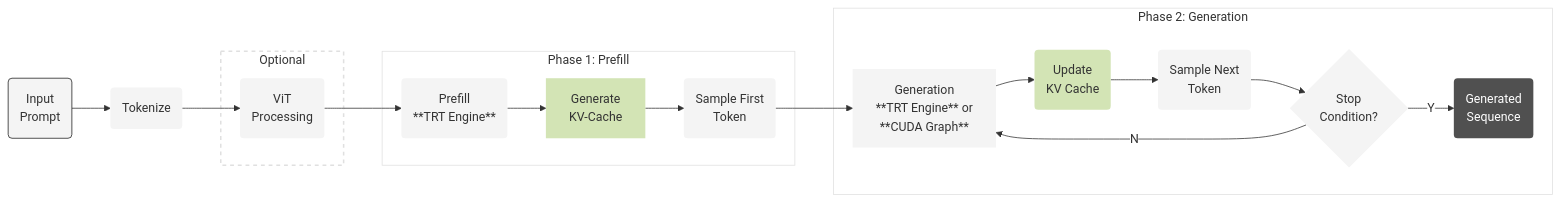
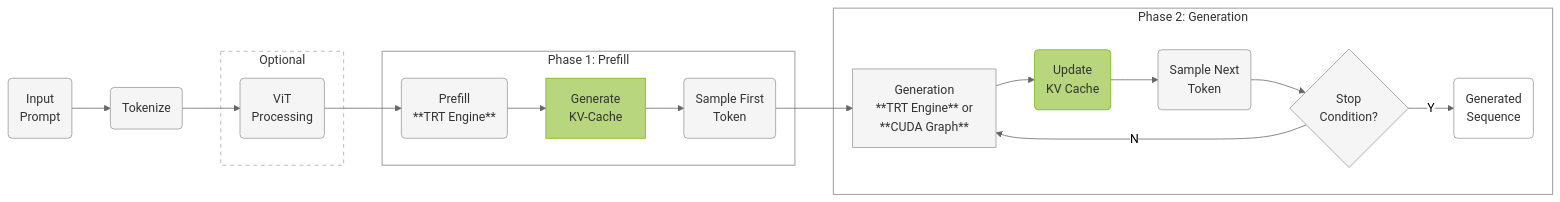
The second of 2 diagrams in docs/source/developer_guide/04.2_LLM_Inference_Runtime.md (ConstBob/TensorRT-Edge-LLM), drawn with Mermaid before and after one commit. The commit also changed other lines of this file and 20 other files, not shown here.

````diff
--- a/docs/source/developer_guide/04.2_LLM_Inference_Runtime.md
+++ b/docs/source/developer_guide/04.2_LLM_Inference_Runtime.md
@@ -147,54 +65,54 @@
 ```mermaid
-%%{init: {'themeVariables': {'edgeLabelBackground': 'white'}}}%%
+%%{init: {'theme':'neutral', 'themeVariables': {'primaryColor':'#76B900','primaryTextColor':'#fff','primaryBorderColor':'#5a8f00','lineColor':'#666','edgeLabelBackground':'#ffffff','labelTextColor':'#000','clusterBkg':'#ffffff','clusterBorder':'#999'}}}%%
 graph LR
     INPUT_PROMPT(Input<br/>Prompt) --> TOKENIZER(Tokenize)
     
     subgraph VIT_BOX ["Optional"]
         VIT_PROCESS(ViT<br>Processing)
     end
     
     TOKENIZER --> VIT_PROCESS
     VIT_PROCESS --> PREFILL_ENGINE(Prefill<br/>**TRT Engine**)
     
     PREFILL_ENGINE --> GENERATE_KV[Generate<br/>KV-Cache]
     GENERATE_KV --> SAMPLE_FIRST(Sample First<br/>Token)
     
     SAMPLE_FIRST --> GENERATION_ENGINE[Generation<br/>**TRT Engine** or<br>**CUDA Graph**]
     
     GENERATION_ENGINE --> UPDATE_KV(Update<br>KV Cache)
     UPDATE_KV --> SAMPLE_TOKEN(Sample Next<br/>Token)
     
     SAMPLE_TOKEN --> STOP_CHECK{Stop<br/>Condition?}
     STOP_CHECK -->|N| GENERATION_ENGINE
     STOP_CHECK -->|Y| OUTPUT_SEQUENCE(Generated<br/>Sequence)
     
     subgraph PHASE1 ["Phase 1: Prefill"]
         PREFILL_ENGINE
         GENERATE_KV
         SAMPLE_FIRST
     end
     
     subgraph PHASE2 ["Phase 2: Generation"]
         GENERATION_ENGINE
         UPDATE_KV
         SAMPLE_TOKEN
         STOP_CHECK
         OUTPUT_SEQUENCE
     end
     
-    classDef greyNode fill:#f4f4f4, stroke-width:0px
-    classDef darkNode fill:#505050, stroke-width:0px, color:#ffffff
-    classDef nvNode fill:#76B900, stroke-width:0px, color:#ffffff
-    classDef nvLightNode fill:#D3E4B5, stroke-width:0px
-    classDef inputNode fill:#f4f4f4, stroke: #202020
-    classDef itemNode fill:#f4f4f4, stroke: #A0A0A0
-    classDef lightSubGraph fill:#ffffff, stroke:#e0e0e0
-    classDef optionalBox fill:transparent, stroke:#e0e0e0, stroke-width:2px, stroke-dasharray: 5 5
+    classDef greyNode fill:#f5f5f5,stroke:#999,stroke-width:1px,color:#333
+    classDef darkNode fill:#ffffff,stroke:#999,stroke-width:1px,color:#333
+    classDef nvNode fill:#76B900,stroke:#5a8f00,stroke-width:1px,color:#fff
+    classDef nvLightNode fill:#b8d67e,stroke:#76B900,stroke-width:1px,color:#333
+    classDef inputNode fill:#f5f5f5,stroke:#999,stroke-width:1px,color:#333
+    classDef itemNode fill:#ffffff,stroke:#999,stroke-width:1px,color:#333
+    classDef lightSubGraph fill:none,stroke:#aaa,stroke-width:1.5px
+    classDef optionalBox fill:none,stroke:#aaa,stroke-width:1px,stroke-dasharray:5 5
     
     class INPUT_PROMPT inputNode
     class TOKENIZER,SAMPLE_FIRST,SAMPLE_TOKEN,VIT_PROCESS,STOP_CHECK,PREFILL_ENGINE,GENERATION_ENGINE greyNode
     class GENERATE_KV,UPDATE_KV nvLightNode
     class OUTPUT_SEQUENCE darkNode
     class PHASE1,PHASE2 lightSubGraph
     class VIT_BOX optionalBox
 ```
````
